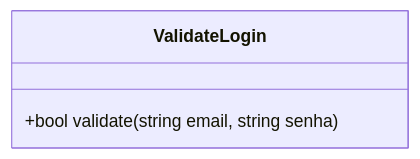
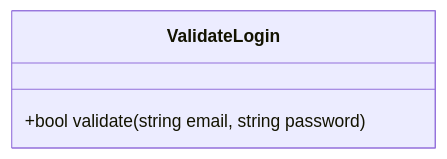
Before and after one commit to RenatoGarciaLopes/JavaIradoNoTxt: the diagram in ValidateLogin/validate-login-class.uml.mermaid, drawn with Mermaid. The commit also changed 26 other files, not shown here.

```diff
--- a/ValidateLogin/validate-login-class.uml.mermaid
+++ b/ValidateLogin/validate-login-class.uml.mermaid
@@ -1,2 +1,2 @@
 classDiagram
-    ValidateLogin : +bool validate(string email, string senha)
+    ValidateLogin : +bool validate(string email, string password)
```
